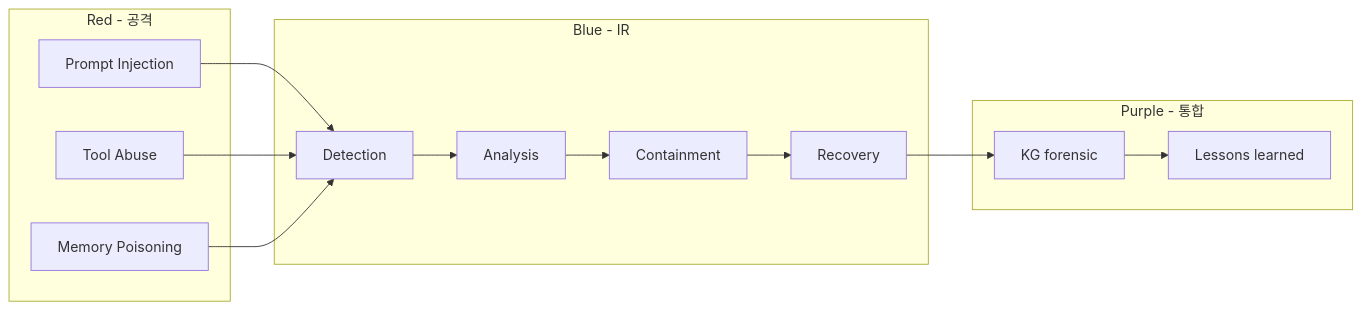
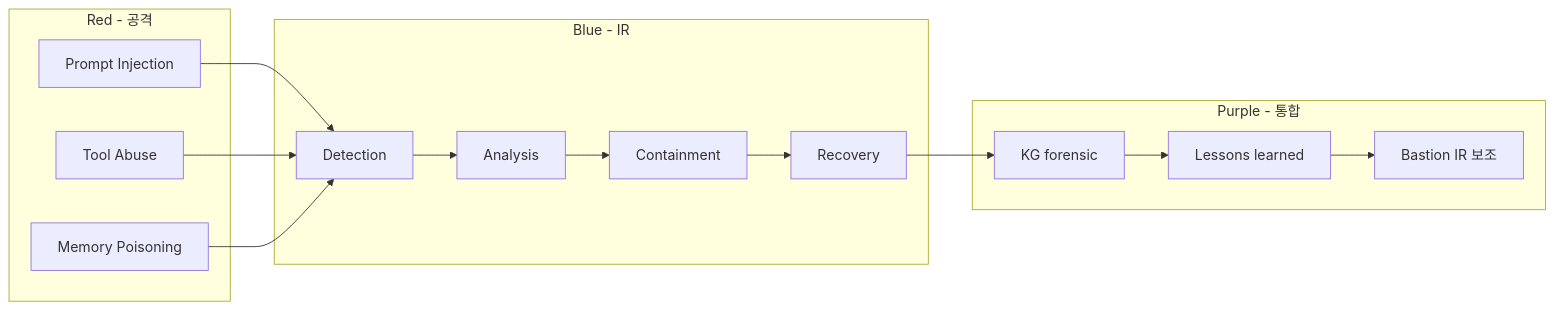
The second of 2 diagrams in contents/standalone/lecture/aisec/week13.md (mrgrit/ccc), drawn with Mermaid before and after one commit. The commit also changed other lines of this file and 1 other file, not shown here.

Commit message:
feat(standalone/aisec): W13 재작성 — NIST IR 4단계 + Agent IR 3측면 + Bastion IR chat + KG forensic + phishing 검출 + approval_mode 의 5 hands-on

````diff
--- a/contents/standalone/lecture/aisec/week13.md
+++ b/contents/standalone/lecture/aisec/week13.md
@@ -96,25 +144,27 @@
 ```mermaid
 flowchart LR
     subgraph Red [Red - 공격]
         R1[Prompt Injection]
         R2[Tool Abuse]
         R3[Memory Poisoning]
     end
 
     subgraph Blue [Blue - IR]
         B1[Detection]
         B2[Analysis]
         B3[Containment]
         B4[Recovery]
     end
 
     subgraph Purple [Purple - 통합]
         P1[KG forensic]
         P2[Lessons learned]
+        P3[Bastion IR 보조]
     end
 
     R1 --> B1 --> B2 --> B3 --> B4 --> P1
     R2 --> B1
     R3 --> B1
     P1 --> P2
+    P2 --> P3
 ```
````
